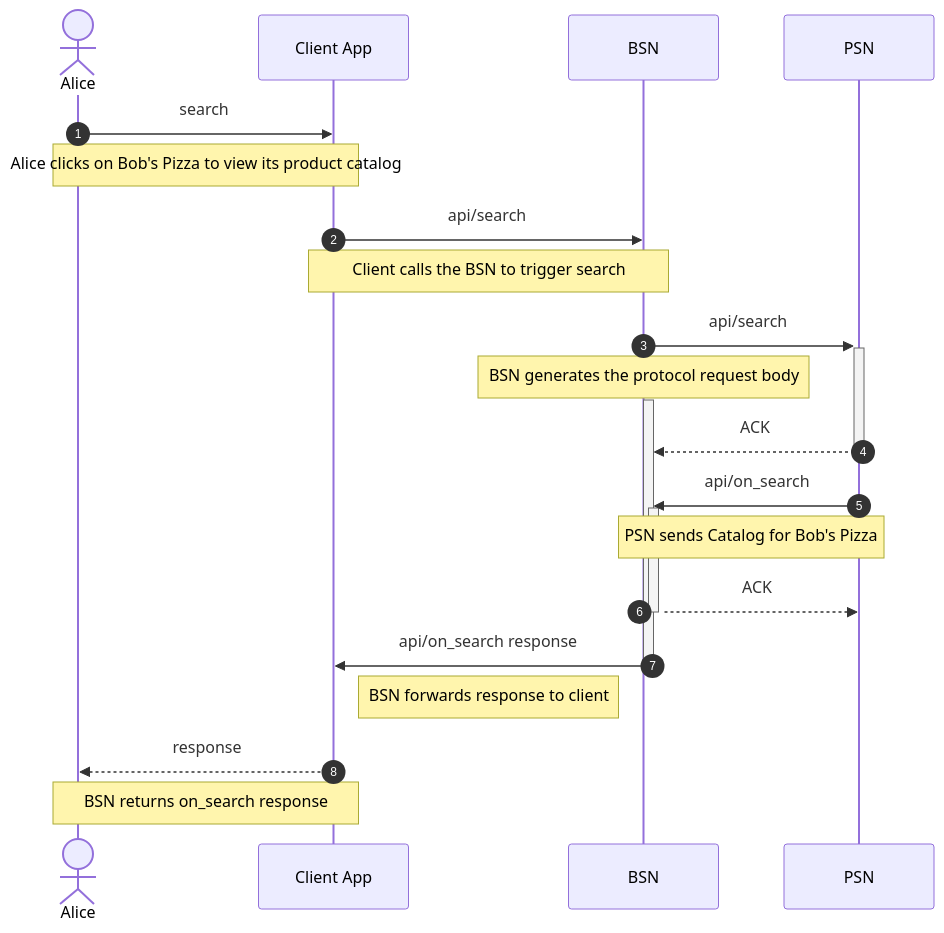
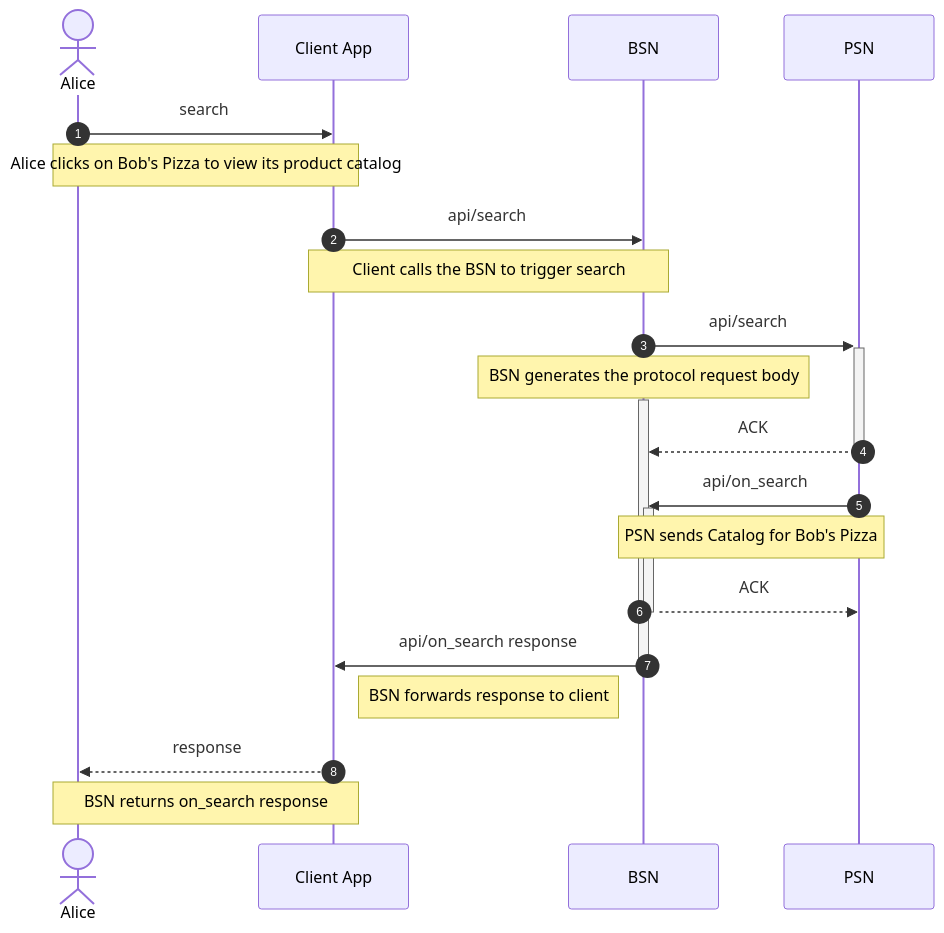
Before and after one commit to Palette-Labs-Inc/protocol: the fourth of 13 diagrams in docs/OVERVIEW.md, drawn with Mermaid. The commit also changed other lines of this file, not shown here.

Commit message:
fix sequence diagrams

````diff
--- a/docs/OVERVIEW.md
+++ b/docs/OVERVIEW.md
@@ -139,26 +139,25 @@
 ```mermaid
 sequenceDiagram
     autonumber
     actor Alice
     participant ClientApp as Client App
     participant BSN
     participant PSN
 
     Alice->>ClientApp: search
     Note over Alice,ClientApp: Alice clicks on Bob's Pizza to view its product catalog
     ClientApp->>BSN: api/search
     Note over ClientApp,BSN: Client calls the BSN to trigger search
     BSN->>+PSN: api/search
-    activate BSN
     Note over BSN: BSN generates the protocol request body
     activate BSN
     PSN-->>-BSN: ACK
     PSN->>+BSN: api/on_search
     Note over BSN,PSN: PSN sends Catalog for Bob's Pizza
     BSN-->>PSN: ACK
     deactivate BSN
     BSN->>-ClientApp: api/on_search response
     Note left of BSN: BSN forwards response to client
     ClientApp-->>Alice: response
     Note over ClientApp,Alice: BSN returns on_search response
 ```
````
